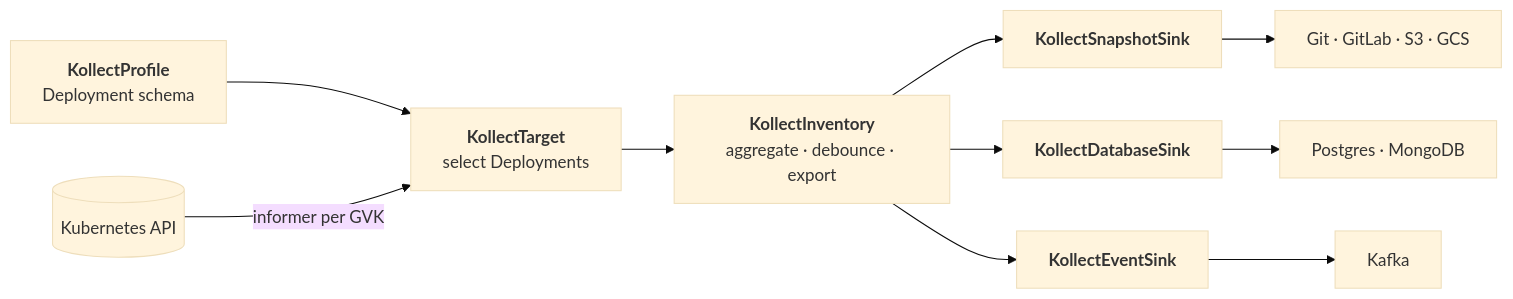
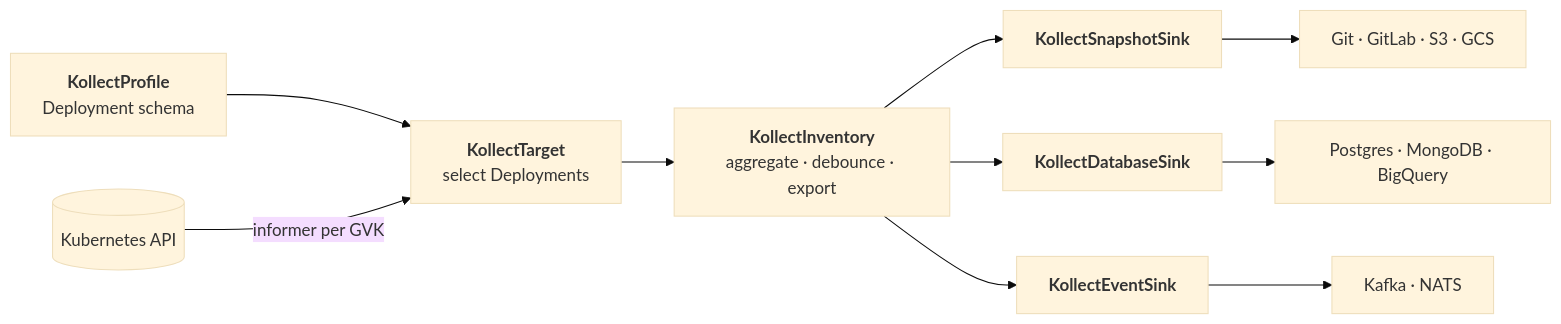
One commit to PlatformRelay/Kollect changed the first of 2 diagrams in README.md. Above: the diagram before and after it, drawn with Mermaid (base theme). The commit also changed other lines of this file and 15 other files, not shown here.

````diff
--- a/README.md
+++ b/README.md
@@ -85,20 +85,20 @@
 ```mermaid
 flowchart LR
   Profile["<b>KollectProfile</b><br/>Deployment schema"]
   Target["<b>KollectTarget</b><br/>select Deployments"]
   Inv["<b>KollectInventory</b><br/>aggregate · debounce · export"]
   Snap["<b>KollectSnapshotSink</b>"]
   Db["<b>KollectDatabaseSink</b>"]
   Ev["<b>KollectEventSink</b>"]
   K8s[("Kubernetes API")]
 
   Profile --> Target
   K8s -- "informer per GVK" --> Target
   Target --> Inv
   Inv --> Snap
   Inv --> Db
   Inv --> Ev
   Snap --> SnapOut["Git · GitLab · S3 · GCS"]
-  Db --> DbOut["Postgres · MongoDB"]
-  Ev --> EvOut["Kafka"]
+  Db --> DbOut["Postgres · MongoDB · BigQuery"]
+  Ev --> EvOut["Kafka · NATS"]
 ```
````
